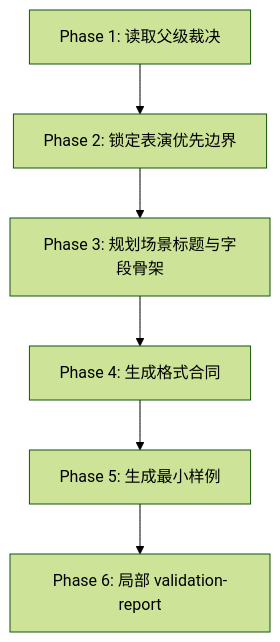
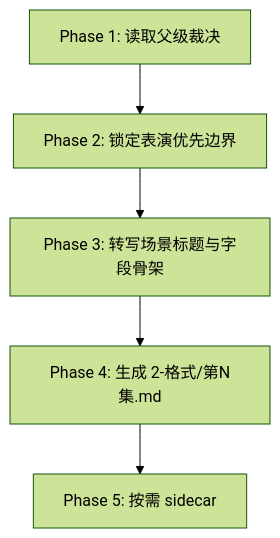
One commit to ZEN-VOID/AI-CUT changed the diagram in .agents/skills/aigc/1-规划/subtypes/2-格式/subtypes/标准剧/references/execution-flow.md. Above: the diagram before and after it, drawn with Mermaid (forest theme). The commit also changed other lines of this file and 54 other files, not shown here.

````diff
--- a/.agents/skills/aigc/1-规划/subtypes/2-格式/subtypes/标准剧/references/execution-flow.md
+++ b/.agents/skills/aigc/1-规划/subtypes/2-格式/subtypes/标准剧/references/execution-flow.md
@@ -7,8 +7,7 @@
 ```mermaid
 flowchart TD
     A["Phase 1: 读取父级裁决"] --> B["Phase 2: 锁定表演优先边界"]
-    B --> C["Phase 3: 规划场景标题与字段骨架"]
-    C --> D["Phase 4: 生成格式合同"]
-    D --> E["Phase 5: 生成最小样例"]
-    E --> F["Phase 6: 局部 validation-report"]
+    B --> C["Phase 3: 转写场景标题与字段骨架"]
+    C --> D["Phase 4: 生成 2-格式/第N集.md"]
+    D --> E["Phase 5: 按需 sidecar"]
 ```
````
